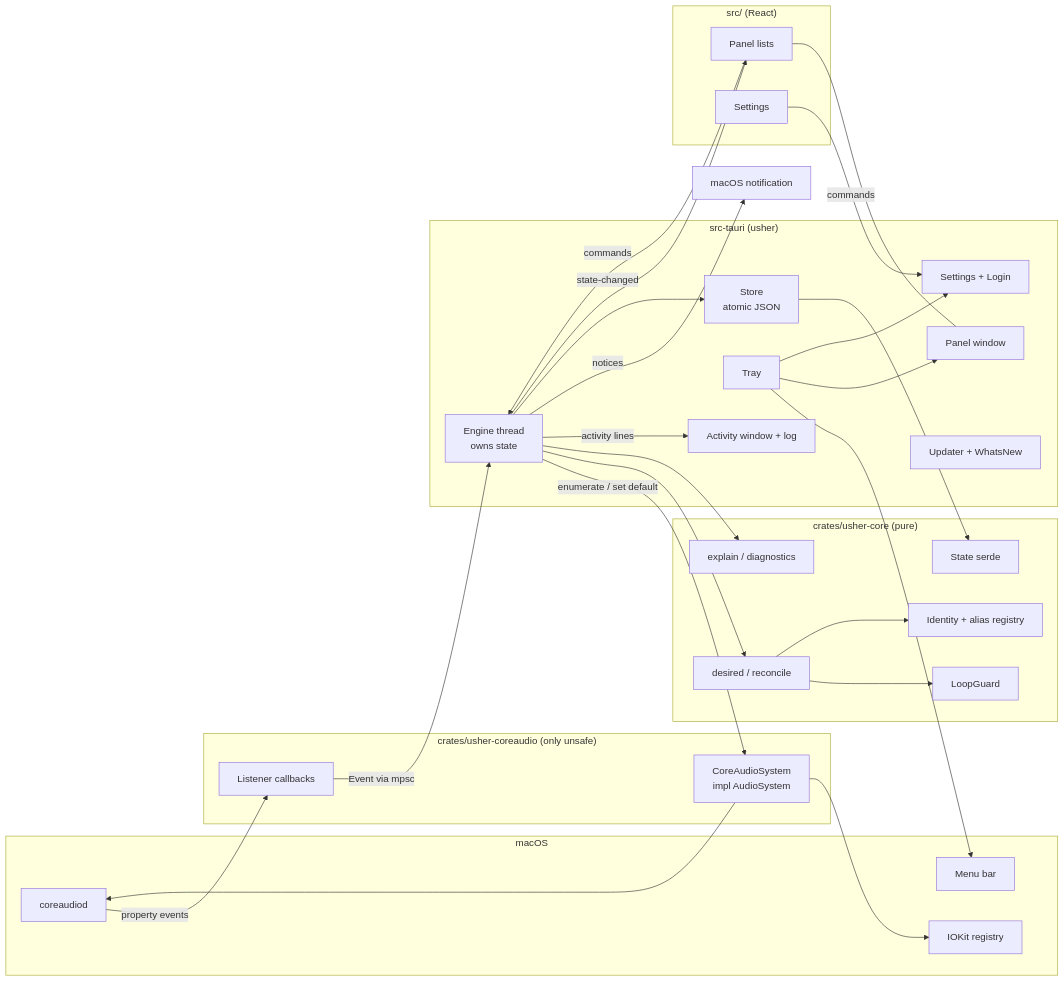
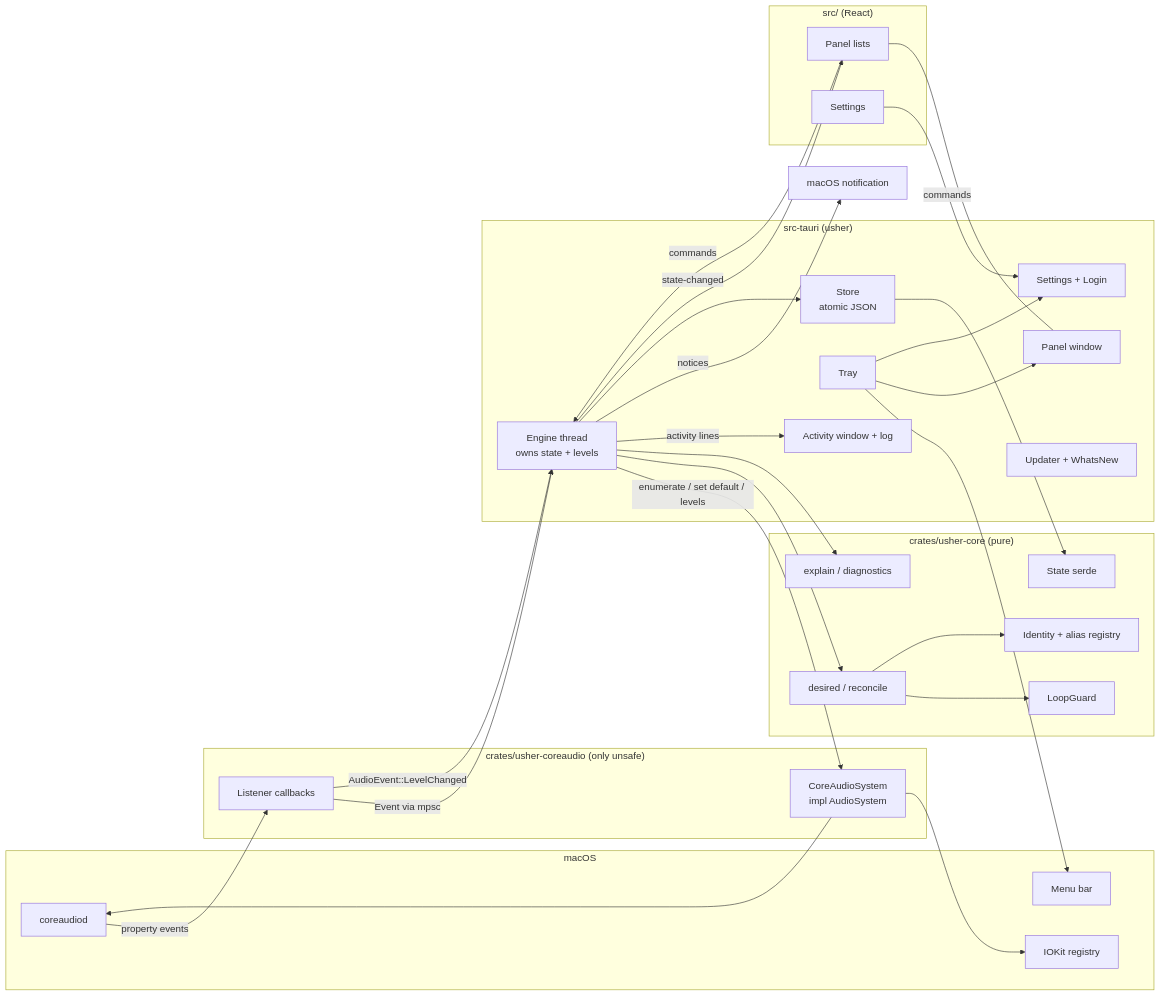
Before and after one commit to cef62/usher: the first of 5 diagrams in docs/architecture/overview.md, drawn with Mermaid. The commit also changed 54 other files, not shown here.

````diff
--- a/docs/architecture/overview.md
+++ b/docs/architecture/overview.md
@@ -7,57 +7,58 @@
 ```mermaid
 flowchart LR
   subgraph macOS
     CA[coreaudiod]
     IOK[IOKit registry]
     TRAY[Menu bar]
   end
 
   subgraph coreaudio["crates/usher-coreaudio (only unsafe)"]
     SYS[CoreAudioSystem<br/>impl AudioSystem]
     LIS[Listener callbacks]
   end
 
   subgraph core["crates/usher-core (pure)"]
     POL[desired / reconcile]
     GUARD[LoopGuard]
     ID[Identity + alias registry]
     ST[State serde]
     ACTV[explain / diagnostics]
   end
 
   subgraph app["src-tauri (usher)"]
-    ENG[Engine thread<br/>owns state]
+    ENG[Engine thread<br/>owns state + levels]
     STORE[Store<br/>atomic JSON]
     TRAYW[Tray]
     PW[Panel window]
     SL[Settings + Login]
     UPD[Updater + WhatsNew]
     ACT[Activity window + log]
   end
 
   subgraph ui["src/ (React)"]
     PANEL[Panel lists]
     SET[Settings]
   end
 
   CA -- property events --> LIS
   LIS -- Event via mpsc --> ENG
-  ENG -- enumerate / set default --> SYS
+  LIS -- AudioEvent::LevelChanged --> ENG
+  ENG -- enumerate / set default / levels --> SYS
   SYS --> CA
   SYS --> IOK
   ENG --> POL
   POL --> GUARD
   POL --> ID
   ENG --> ACTV
   ENG -- activity lines --> ACT
   ENG -- notices --> NOTE[macOS notification]
   ENG --> STORE
   STORE --> ST
   ENG -- state-changed --> PANEL
   PANEL -- commands --> ENG
   TRAYW --> TRAY
   TRAYW --> PW
   TRAYW --> SL
   PANEL --- PW
   SET -- commands --> SL
 ```
````
